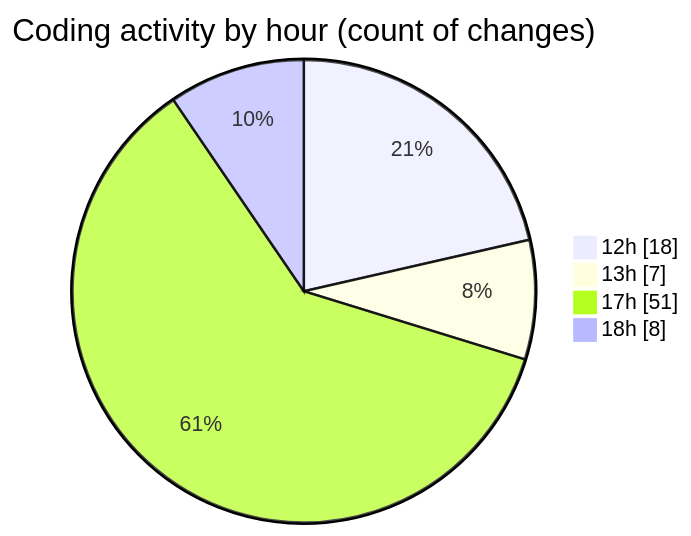
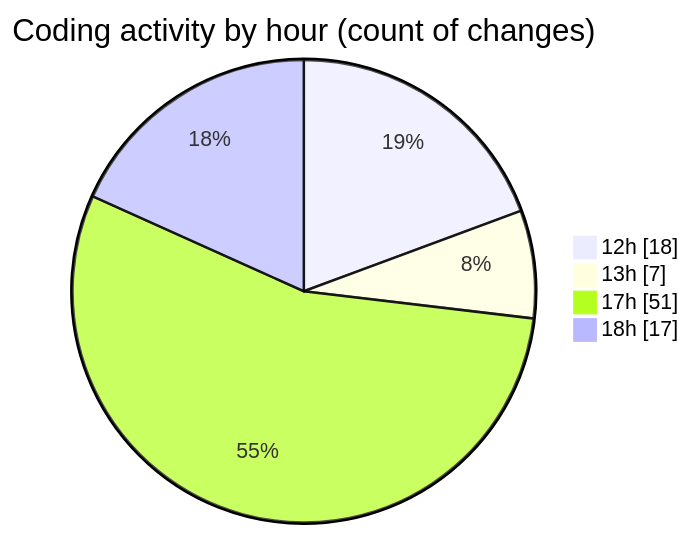
Before and after one commit to nxtqubesakshisongat/code-tracking: the second of 2 diagrams in 2025-06-14/nxtqube_webapp/README.md, drawn with Mermaid. The commit also changed other lines of this file and 1 other file, not shown here.

````diff
--- a/2025-06-14/nxtqube_webapp/README.md
+++ b/2025-06-14/nxtqube_webapp/README.md
@@ -34,8 +34,8 @@
 ```mermaid
 pie showData
 title Coding activity by hour (count of changes)
 "12h" : 18
 "13h" : 7
 "17h" : 51
-"18h" : 8
+"18h" : 17
 ```
````
